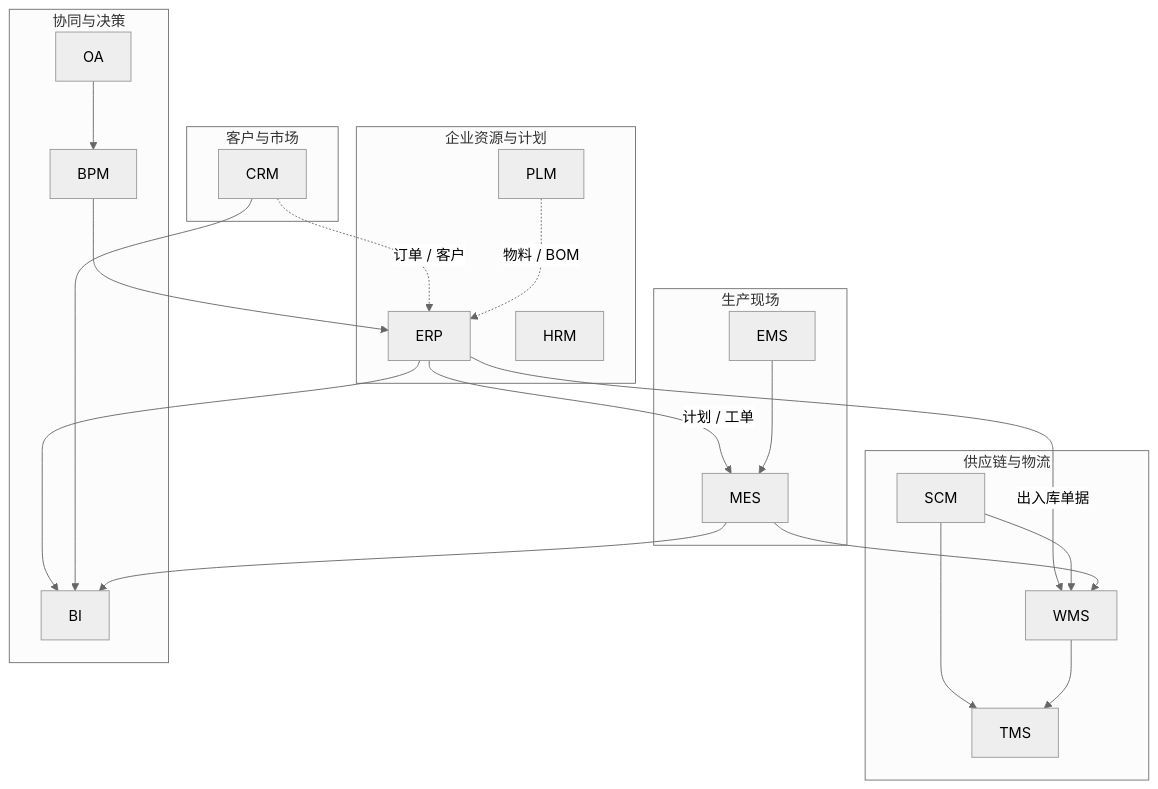
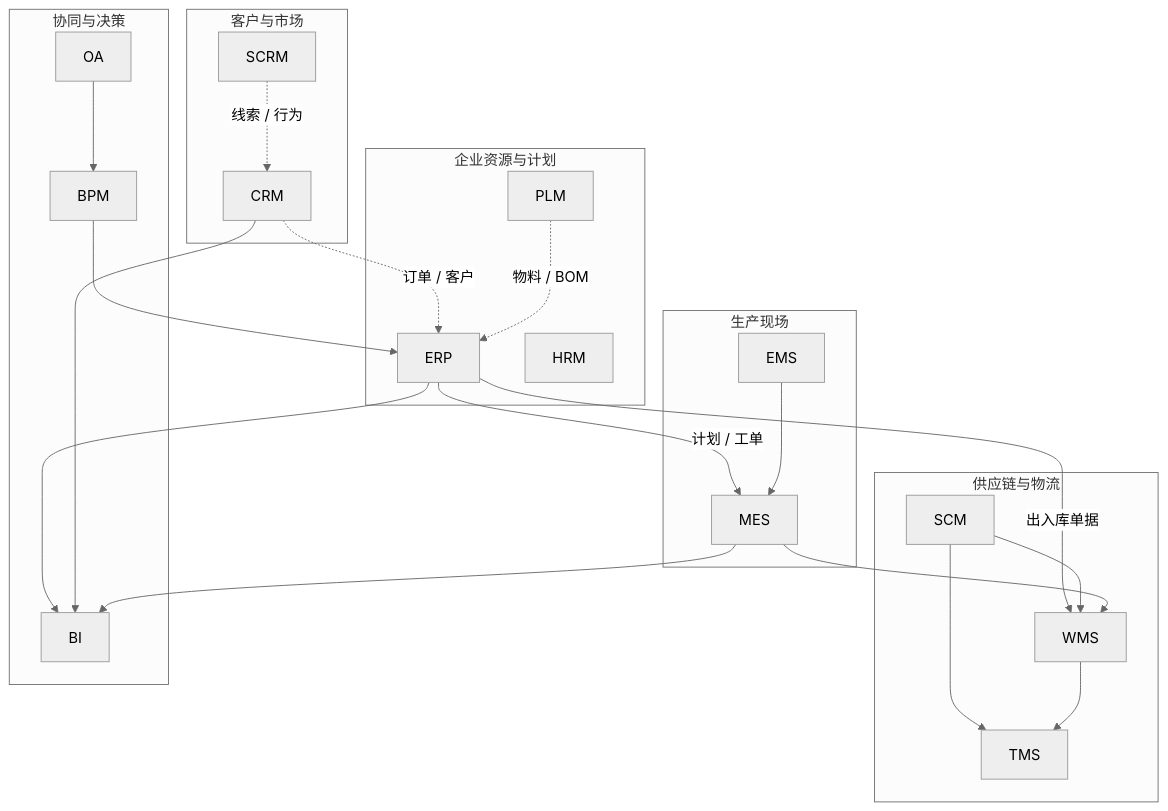
One commit to linlei1120/codery.github.io changed the sixth of 6 diagrams in docs/featuresFiles/systemPlatform.md. Above: the diagram before and after it, drawn with Mermaid (neutral theme). The commit also changed other lines of this file and 3 other files, not shown here.

Commit message:
feat: 添加 Mermaid 和 VitePress 插件，以增强文档中的图表支持。更新配置，集成 Mermaid 并优化系统平台文档的内容结构。

````diff
--- a/docs/featuresFiles/systemPlatform.md
+++ b/docs/featuresFiles/systemPlatform.md
@@ -309,44 +393,46 @@
 ```mermaid
 flowchart TB
   subgraph 客户与市场
+    SCRM
     CRM
   end
 
   subgraph 企业资源与计划
     ERP
     HRM
     PLM
   end
 
   subgraph 供应链与物流
     SCM
     WMS
     TMS
   end
 
   subgraph 生产现场
     MES
     EMS
   end
 
   subgraph 协同与决策
     OA
     BPM
     BI
   end
 
+  SCRM -.->|线索 / 行为| CRM
   CRM -.->|订单 / 客户| ERP
   PLM -.->|物料 / BOM| ERP
   ERP -->|计划 / 工单| MES
   ERP -->|出入库单据| WMS
   SCM --> WMS
   SCM --> TMS
   WMS --> TMS
   MES --> WMS
   EMS --> MES
   OA --> BPM
   BPM --> ERP
   ERP --> BI
   CRM --> BI
   MES --> BI
 ```
````
